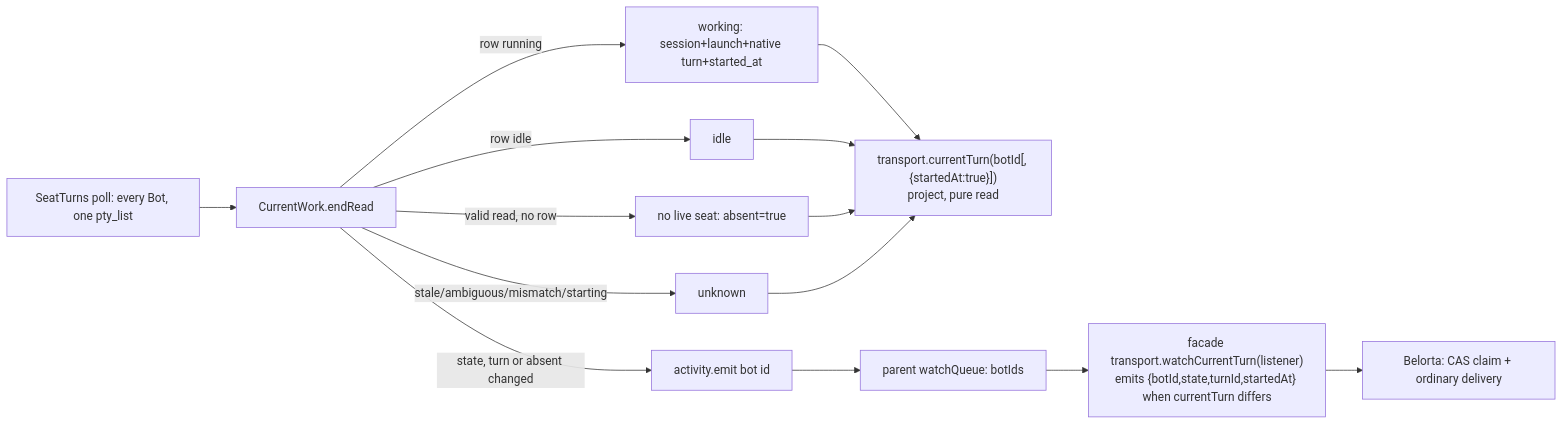
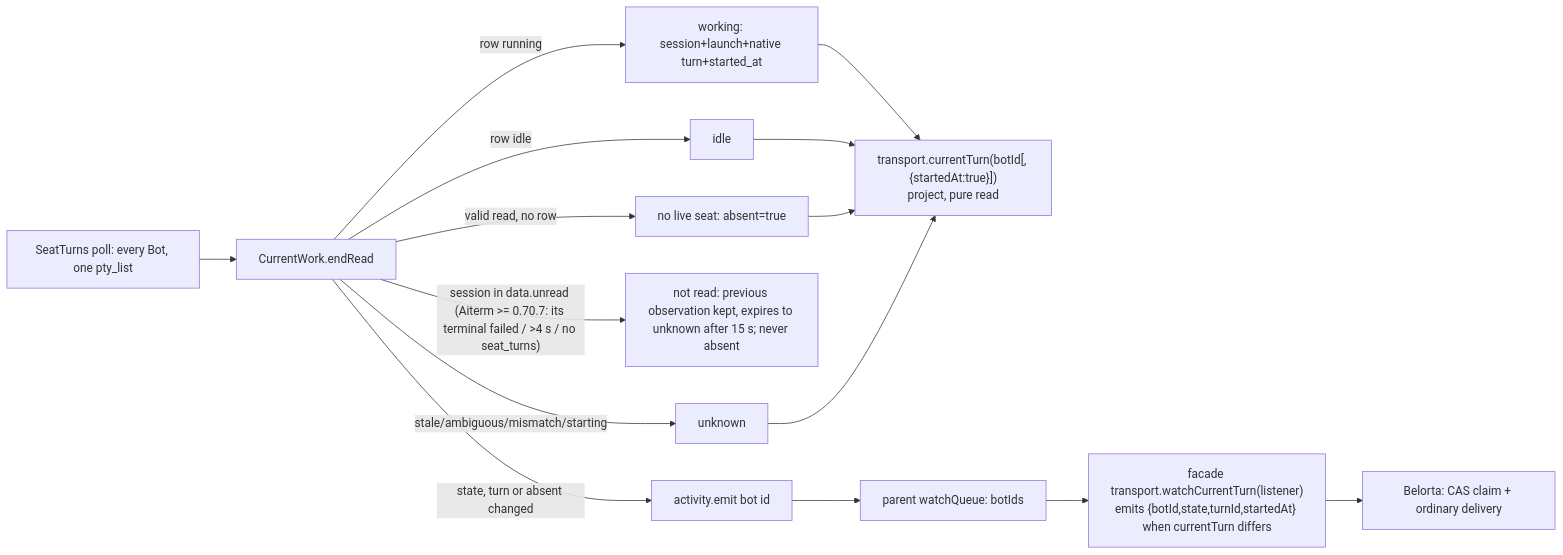
The second of 3 diagrams in docs/architecture/modules/execution/current-work.md (kitepon/BellTeam), drawn with Mermaid before and after one commit. The commit also changed other lines of this file and 5 other files, not shown here.

First line of the commit message:
Aiterm 0.70.7 consumers: launch_error phase "input"; seat_turns `unread` is not absent

````diff
--- a/docs/architecture/modules/execution/current-work.md
+++ b/docs/architecture/modules/execution/current-work.md
@@ -85,13 +85,14 @@
 ```mermaid
 flowchart LR
   Poll[SeatTurns poll: every Bot, one pty_list] --> EndRead[CurrentWork.endRead]
   EndRead -->|row running| Working[working: session+launch+native turn+started_at]
   EndRead -->|row idle| Idle[idle]
   EndRead -->|valid read, no row| Absent[no live seat: absent=true]
+  EndRead -->|"session in data.unread (Aiterm >= 0.70.7: its terminal failed / >4 s / no seat_turns)"| Unread[not read: previous observation kept, expires to unknown after 15 s; never absent]
   EndRead -->|stale/ambiguous/mismatch/starting| Unknown[unknown]
   Working & Idle & Absent & Unknown --> Turn["transport.currentTurn(botId[, {startedAt:true}])<br/>project, pure read"]
   EndRead -->|state, turn or absent changed| Notify[activity.emit bot id]
   Notify --> Queue[parent watchQueue: botIds]
   Queue --> Watch["facade transport.watchCurrentTurn(listener)<br/>emits {botId,state,turnId,startedAt} when currentTurn differs"]
   Watch --> Scheduler[Belorta: CAS claim + ordinary delivery]
 ```
````
